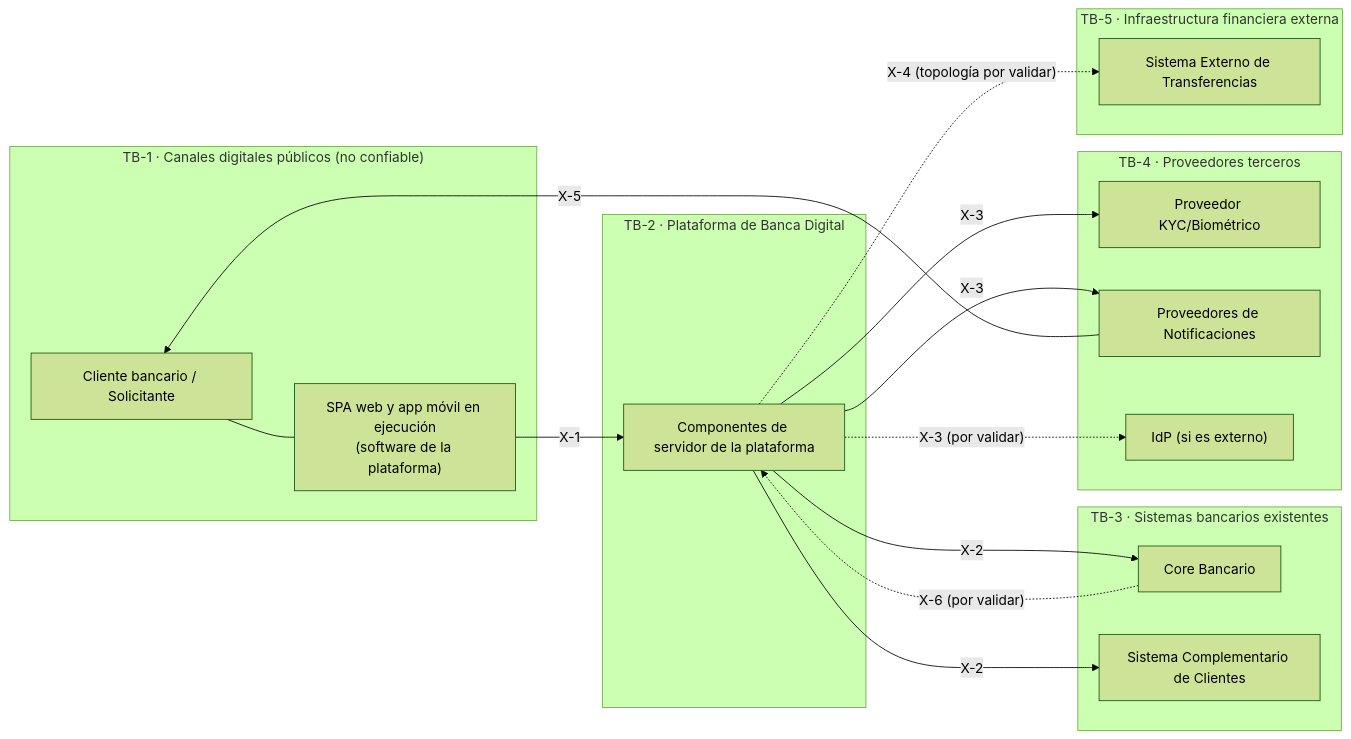
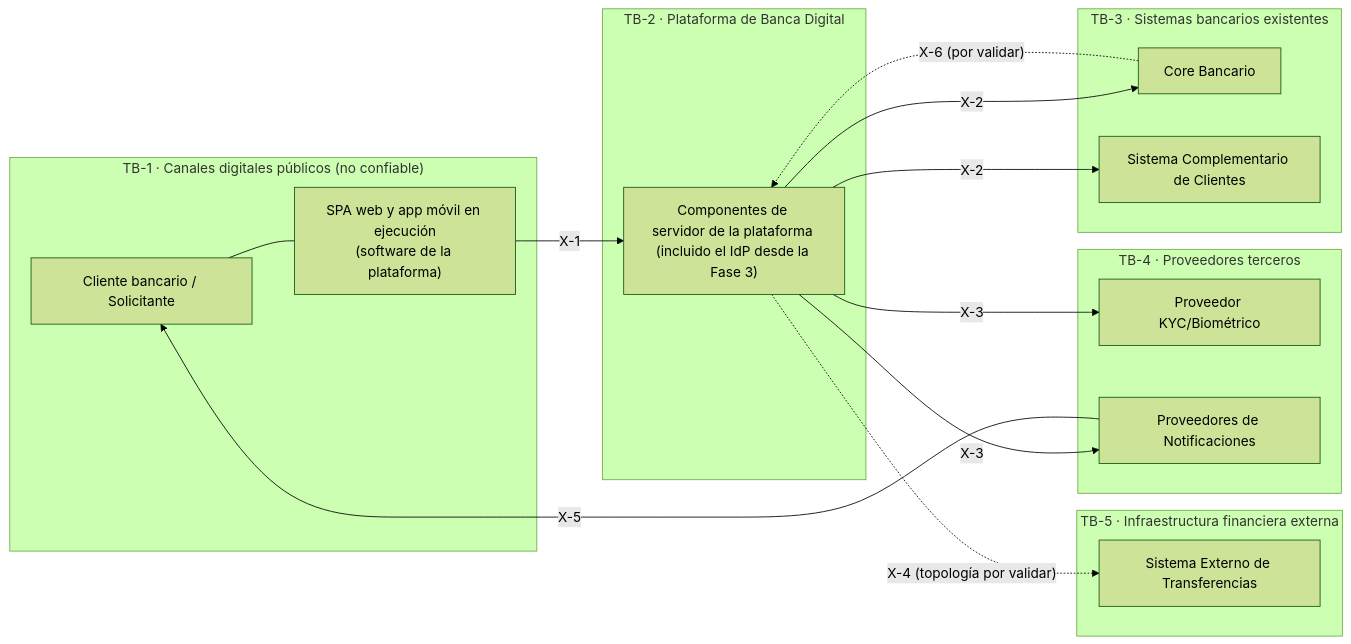
Before and after one commit to Juankia/EvaluacionJuanAmay: the diagram in docs/14-limites-de-confianza.md, drawn with Mermaid (forest theme). The commit also changed other lines of this file and 57 other files, not shown here.

````diff
--- a/docs/14-limites-de-confianza.md
+++ b/docs/14-limites-de-confianza.md
@@ -36,32 +36,30 @@
 ```mermaid
 flowchart LR
     subgraph TB1["TB-1 · Canales digitales públicos (no confiable)"]
         C["Cliente bancario / Solicitante"]
         APP["SPA web y app móvil en ejecución<br/>(software de la plataforma)"]
     end
     subgraph TB2["TB-2 · Plataforma de Banca Digital"]
-        P["Componentes de servidor de la plataforma"]
+        P["Componentes de servidor de la plataforma (incluido el IdP desde la Fase 3)"]
     end
     subgraph TB3["TB-3 · Sistemas bancarios existentes"]
         CORE["Core Bancario"]
         COMP["Sistema Complementario de Clientes"]
     end
     subgraph TB4["TB-4 · Proveedores terceros"]
         KYC["Proveedor KYC/Biométrico"]
         NOT["Proveedores de Notificaciones"]
-        IDP["IdP (si es externo)"]
     end
     subgraph TB5["TB-5 · Infraestructura financiera externa"]
         TRF["Sistema Externo de Transferencias"]
     end
     C --- APP
     APP -- "X-1" --> P
     P -- "X-2" --> CORE
     P -- "X-2" --> COMP
     P -- "X-3" --> KYC
     P -- "X-3" --> NOT
-    P -. "X-3 (por validar)" .-> IDP
     P -. "X-4 (topología por validar)" .-> TRF
     NOT -- "X-5" --> C
     CORE -. "X-6 (por validar)" .-> P
 ```
````
